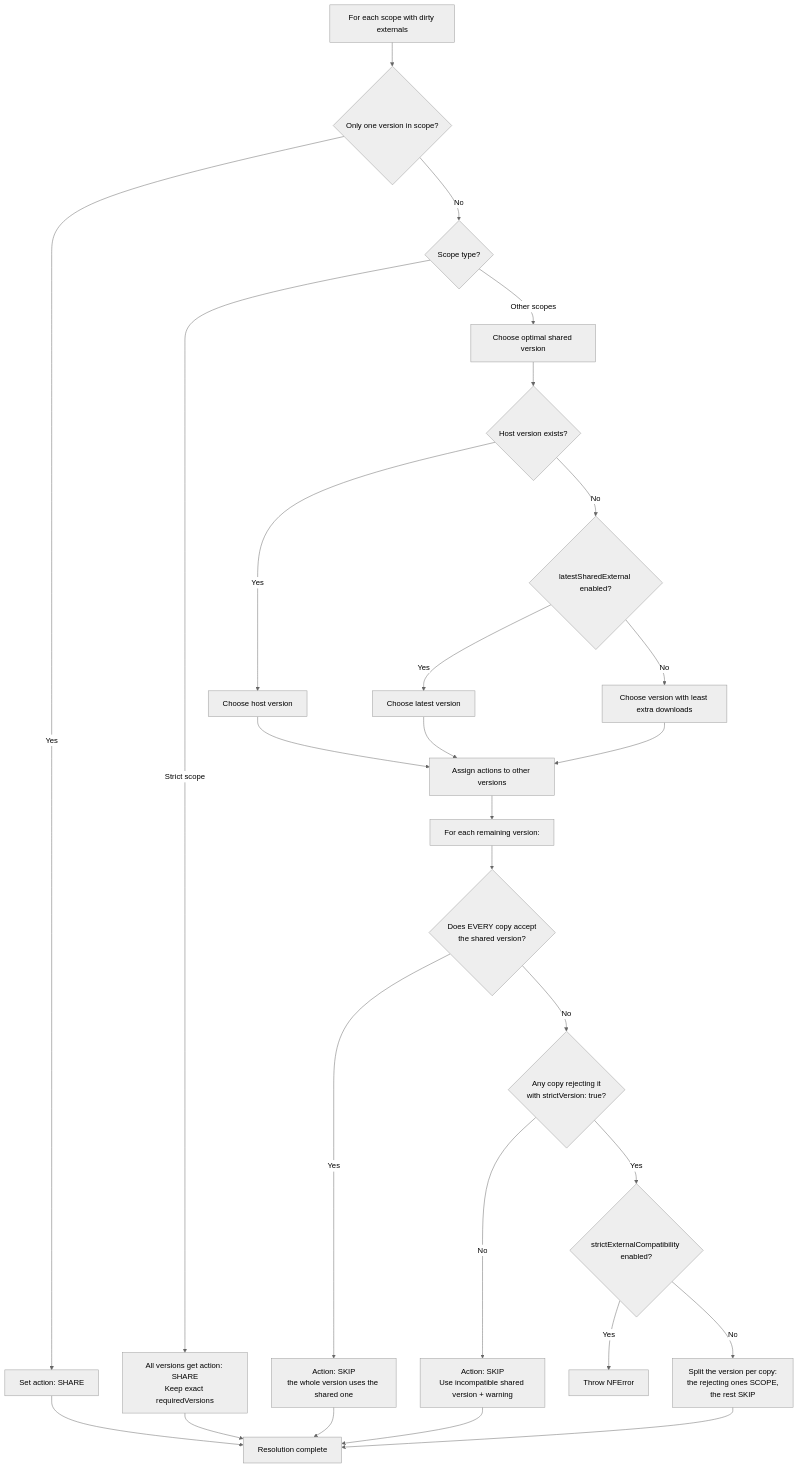
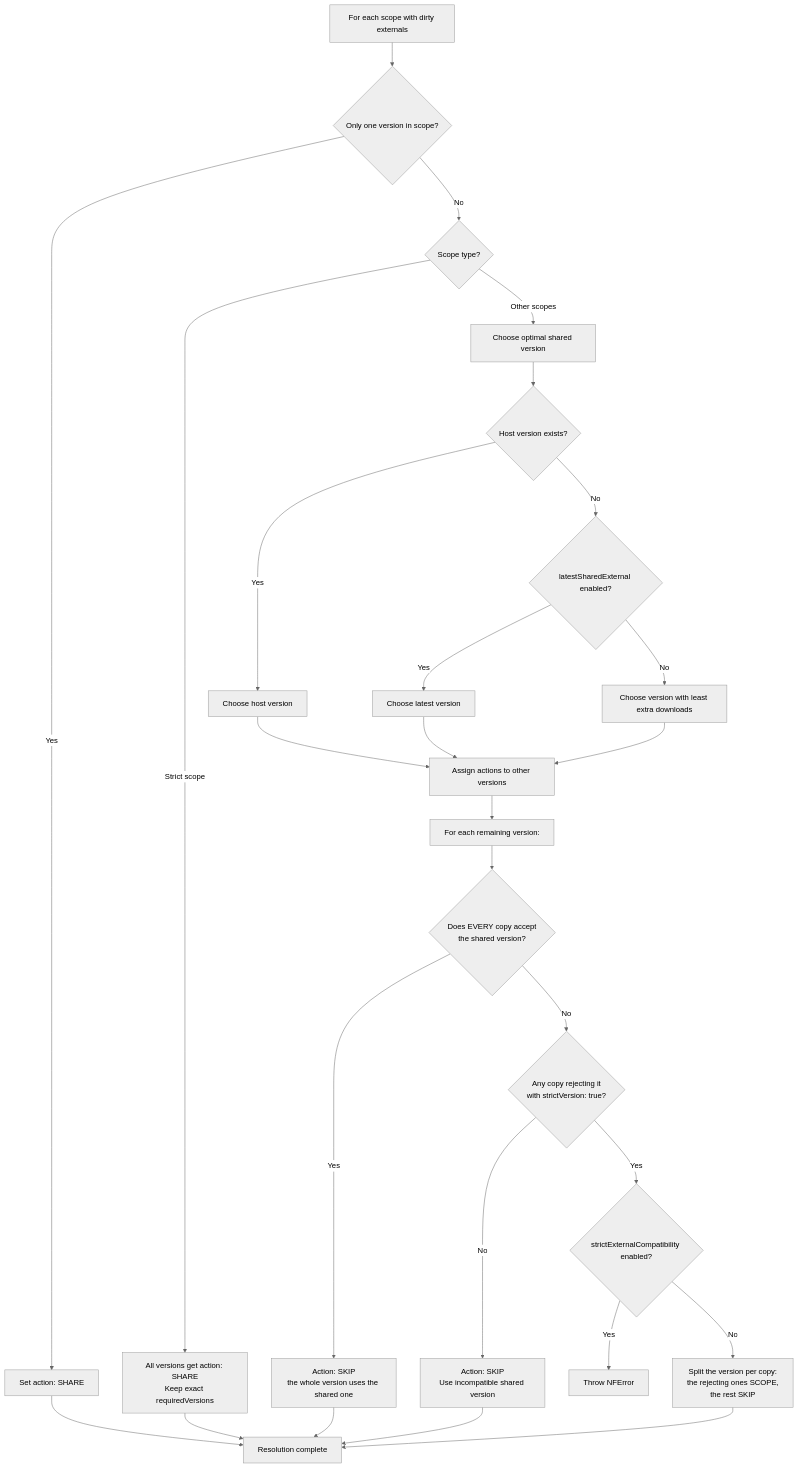
Before and after one commit to native-federation/orchestrator: the fourth of 11 diagrams in docs/version-resolver.md, drawn with Mermaid (neutral theme). The commit also changed other lines of this file, not shown here.

````diff
--- a/docs/version-resolver.md
+++ b/docs/version-resolver.md
@@ -633,33 +639,33 @@
 ```mermaid
 flowchart TD
     A[For each scope with dirty externals] --> B{Only one version in scope?}
     B -->|Yes| C[Set action: SHARE]
     B -->|No| D{Scope type?}
     D -->|Strict scope| E[All versions get action: SHARE<br/>Keep exact requiredVersions]
     D -->|Other scopes| F[Choose optimal shared version]
 
     F --> F1{Host version exists?}
     F1 -->|Yes| F2[Choose host version]
     F1 -->|No| F3{latestSharedExternal enabled?}
     F3 -->|Yes| F4[Choose latest version]
     F3 -->|No| F5[Choose version with least extra downloads]
 
     F2 --> G[Assign actions to other versions]
     F4 --> G
     F5 --> G
 
     G --> G1[For each remaining version:]
     G1 --> G2{Does EVERY copy accept<br/>the shared version?}
     G2 -->|Yes| G3[Action: SKIP<br/>the whole version uses the shared one]
     G2 -->|No| G4{Any copy rejecting it<br/>with strictVersion: true?}
-    G4 -->|No| G6[Action: SKIP<br/>Use incompatible shared version + warning]
+    G4 -->|No| G6[Action: SKIP<br/>Use incompatible shared version]
     G4 -->|Yes| G5{strictExternalCompatibility enabled?}
     G5 -->|Yes| G7[Throw NFError]
     G5 -->|No| G8[Split the version per copy:<br/>the rejecting ones SCOPE,<br/>the rest SKIP]
 
     C --> H[Resolution complete]
     E --> H
     G3 --> H
     G6 --> H
     G8 --> H
 ```
````
